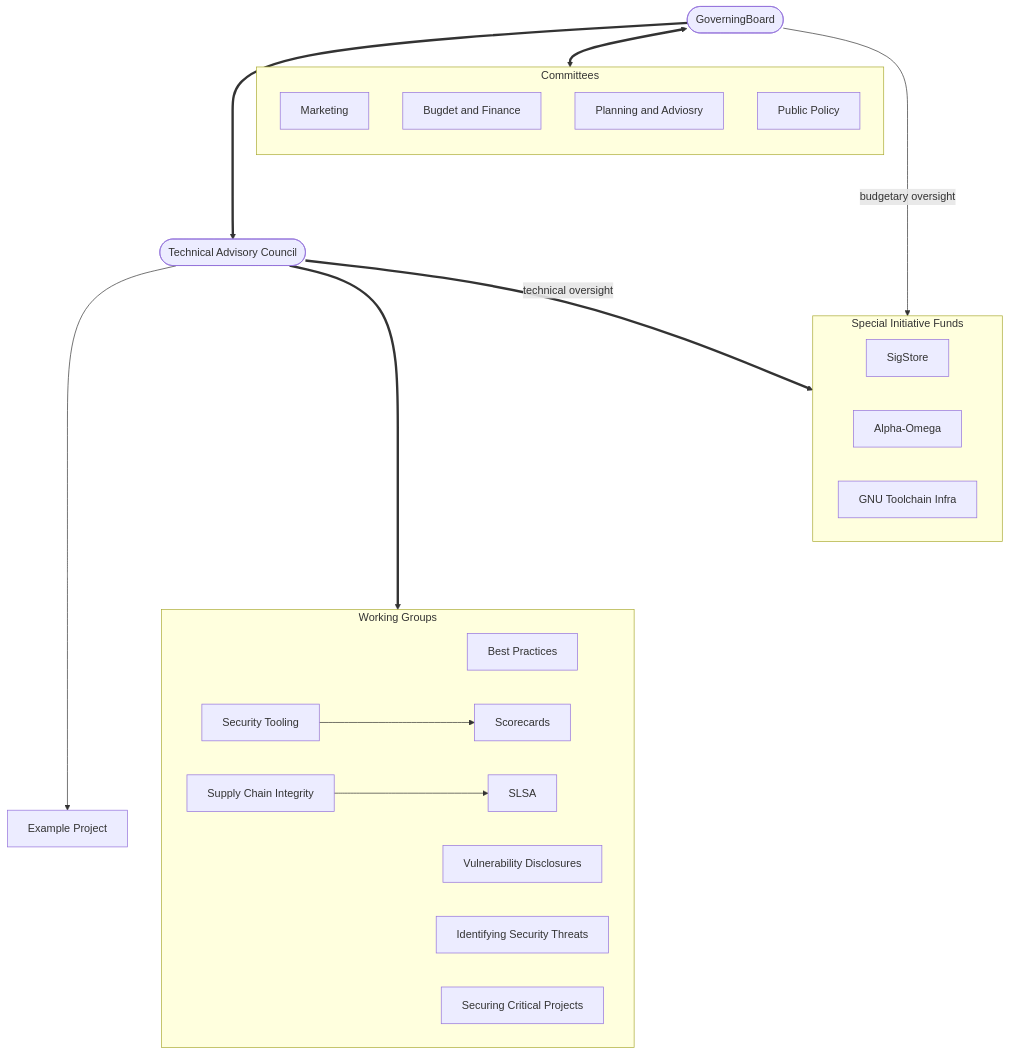
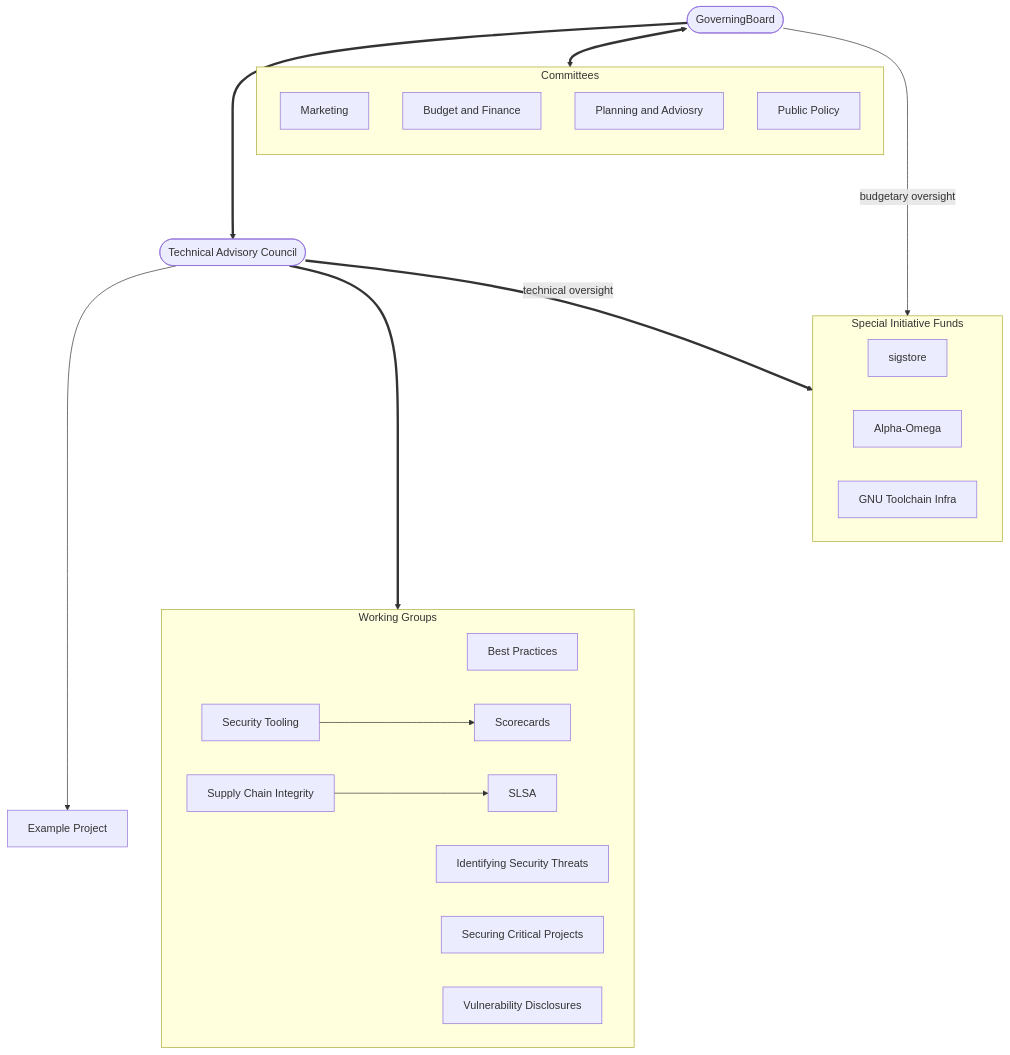
One commit to ossf/tac changed the diagram in organizational-structure-overview.md. Above: the diagram before and after it, drawn with Mermaid. The commit also changed 1 other file, not shown here.

Commit message:
Apply suggestions from code review
address nits in PR to resolve several conversations

````diff
--- a/organizational-structure-overview.md
+++ b/organizational-structure-overview.md
@@ -50,37 +50,37 @@
 ```mermaid
 flowchart TB
     A([GoverningBoard])
 
     subgraph subC[Committees]
         direction TB
         Market[Marketing]
-        Budget[Bugdet and Finance]
+        Budget[Budget and Finance]
         Plan[Planning and Adviosry]
         Policy[Public Policy]
     end
     A <==> subC
     A ====> B([Technical Advisory Council])
 
     subgraph subWG[Working Groups]
         BP[Best Practices]
-        VD[Vulnerability Disclosures]
         IST[Identifying Security Threats]
-        ST[Security Tooling]
         SCI[Supply Chain Integrity]
         SCP[Securing Critical Projects]
+        ST[Security Tooling]
+        VD[Vulnerability Disclosures]
 
         ST ---> P2[Scorecards]
         SCI ---> P3[SLSA]
     end
     B ====> subWG
 
     B ----> P1[Example Project]
 
     subgraph subSIF[Special Initiative Funds]
-        ss[SigStore]
+        ss[sigstore]
         ao[Alpha-Omega]
         gti[GNU Toolchain Infra]
     end
     B ==technical oversight==> subSIF
     A --budgetary oversight--> subSIF
 ```
````
